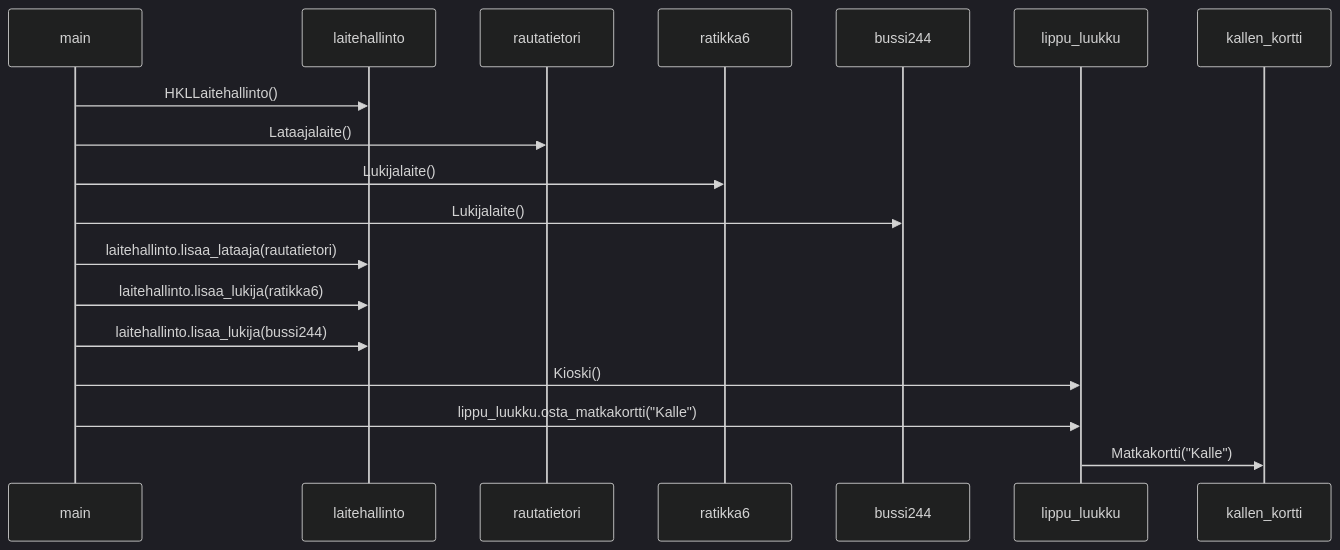
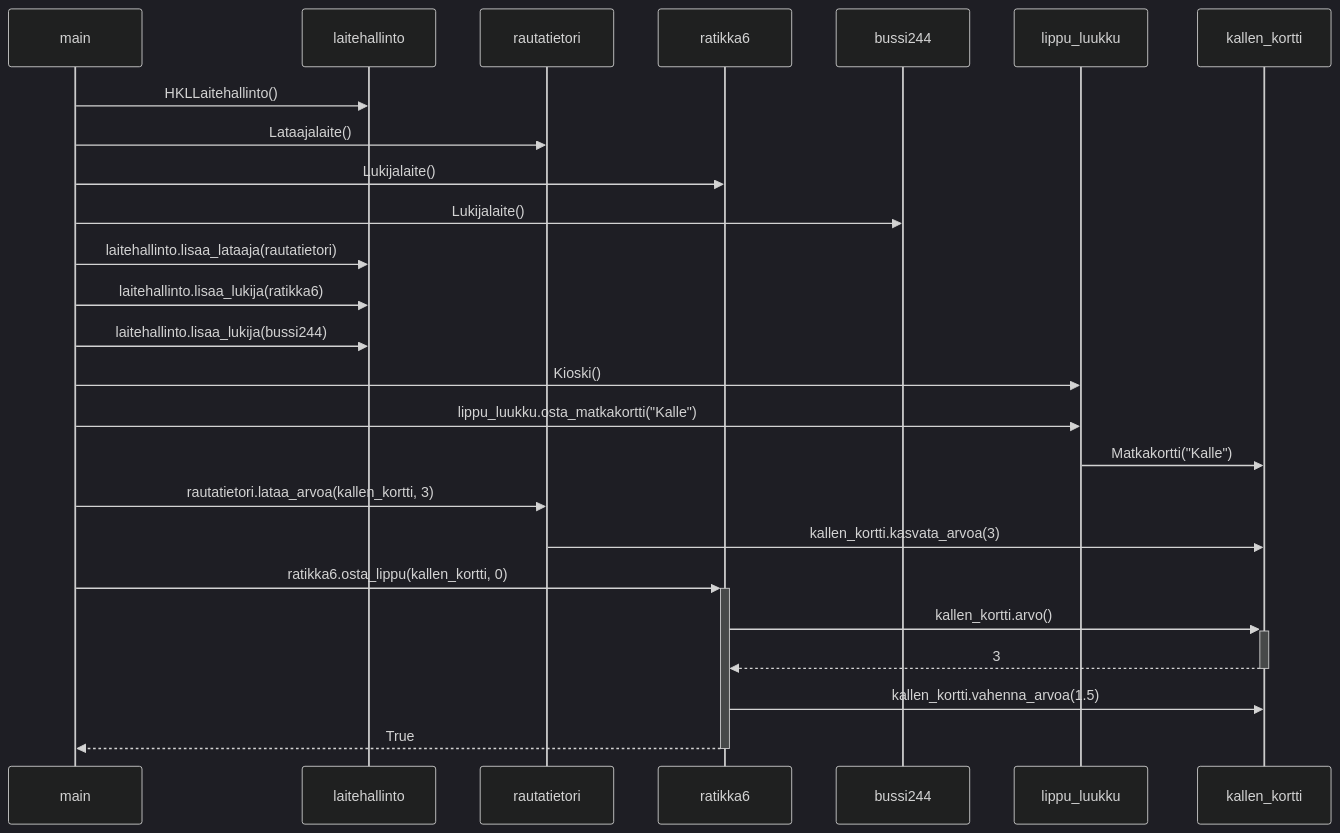
Before and after one commit to Nanotiike/ot-harjoitustyo: the diagram in laskarit/viikko3/hsl-sekvenssikaavio.md, drawn with Mermaid (dark theme).

````diff
--- a/laskarit/viikko3/hsl-sekvenssikaavio.md
+++ b/laskarit/viikko3/hsl-sekvenssikaavio.md
@@ -3,13 +3,20 @@
 ```mermaid
   sequenceDiagram
     main ->> laitehallinto: HKLLaitehallinto()
     main ->> rautatietori: Lataajalaite()
     main ->> ratikka6: Lukijalaite()
     main ->> bussi244: Lukijalaite()
     main ->> laitehallinto: laitehallinto.lisaa_lataaja(rautatietori)
     main ->> laitehallinto: laitehallinto.lisaa_lukija(ratikka6)
     main ->> laitehallinto: laitehallinto.lisaa_lukija(bussi244)
     main ->> lippu_luukku: Kioski()
     main ->> lippu_luukku: lippu_luukku.osta_matkakortti("Kalle")
     lippu_luukku ->> kallen_kortti: Matkakortti("Kalle")
+    main ->> rautatietori: rautatietori.lataa_arvoa(kallen_kortti, 3)
+    rautatietori ->> kallen_kortti: kallen_kortti.kasvata_arvoa(3)
+    main ->>+ ratikka6: ratikka6.osta_lippu(kallen_kortti, 0)
+    ratikka6 ->>+ kallen_kortti: kallen_kortti.arvo()
+    kallen_kortti -->>- ratikka6: 3
+    ratikka6 ->> kallen_kortti: kallen_kortti.vahenna_arvoa(1.5)
+    ratikka6 -->>- main: True
 ```
````
